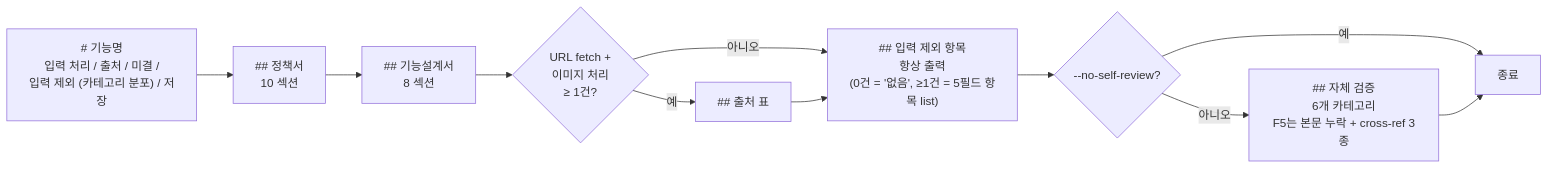
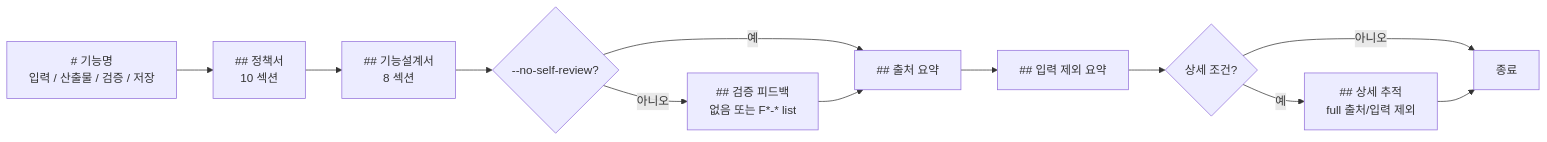
One commit to inkwonjung-colosseum/plugins changed the ninth of 11 diagrams in planning-kit/docs/planning-format-workflow.md. Above: the diagram before and after it, drawn with Mermaid. The commit also changed other lines of this file and 24 other files, not shown here.

````diff
--- a/planning-kit/docs/planning-format-workflow.md
+++ b/planning-kit/docs/planning-format-workflow.md
@@ -246,14 +246,15 @@
 ```mermaid
 flowchart LR
-  H["# 기능명<br/>입력 처리 / 출처 / 미결 /<br/>입력 제외 (카테고리 분포) / 저장"]
+  H["# 기능명<br/>입력 / 산출물 / 검증 / 저장"]
   H --> P[## 정책서<br/>10 섹션]
   P --> F[## 기능설계서<br/>8 섹션]
-  F --> SR{URL fetch +<br/>이미지 처리<br/>≥ 1건?}
-  SR -->|예| ST[## 출처 표]
-  SR -->|아니오| EXB
-  ST --> EXB["## 입력 제외 항목<br/>항상 출력<br/>(0건 = '없음', ≥1건 = 5필드 항목 list)"]
-  EXB --> RV{--no-self-review?}
-  RV -->|아니오| RVB[## 자체 검증<br/>6개 카테고리<br/>F5는 본문 누락 + cross-ref 3종]
-  RV -->|예| END[종료]
-  RVB --> END
+  F --> FB{--no-self-review?}
+  FB -->|아니오| FBB["## 검증 피드백<br/>없음 또는 F*-* list"]
+  FB -->|예| SRC
+  FBB --> SRC["## 출처 요약"]
+  SRC --> EXB["## 입력 제외 요약"]
+  EXB --> TR{상세 조건?}
+  TR -->|예| TRB["## 상세 추적<br/>full 출처/입력 제외"]
+  TR -->|아니오| END[종료]
+  TRB --> END
 ```
````
